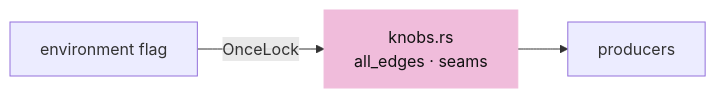
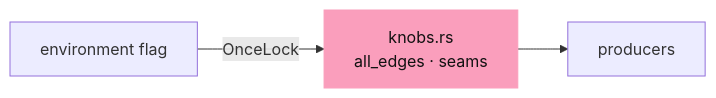
Diagram 11 of 14 in session_viewer/docs/06-cad-contract.md (petrasvestartas/session), drawn with Mermaid before and after one commit. The commit also changed other lines of this file and 328 other files, not shown here.

First line of the commit message:
Course: the palette you sent, and mermaid drawn like the drawings

````diff
--- a/session_viewer/docs/06-cad-contract.md
+++ b/session_viewer/docs/06-cad-contract.md
@@ -300,6 +300,6 @@
 ```mermaid
 flowchart LR
     E["environment flag"] -- "OnceLock" --> K["knobs.rs<br/>all_edges · seams"]
     K --> P["producers"]
-    style K fill:#f0bcdb,stroke:#f0bcdb,color:#111
+    style K fill:#fa9ebc,stroke:#fa9ebc,color:#111
 ```
````
